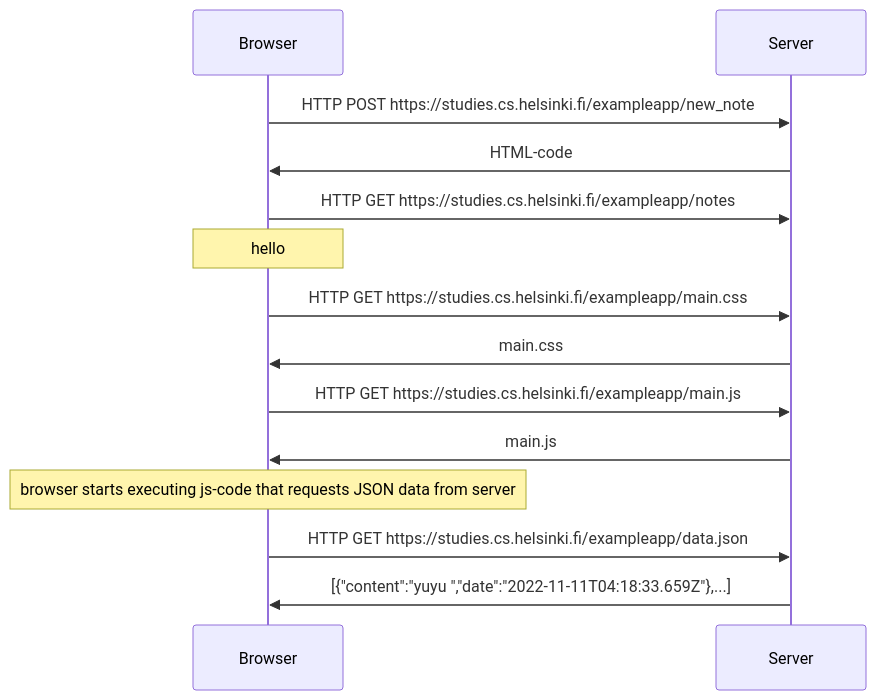
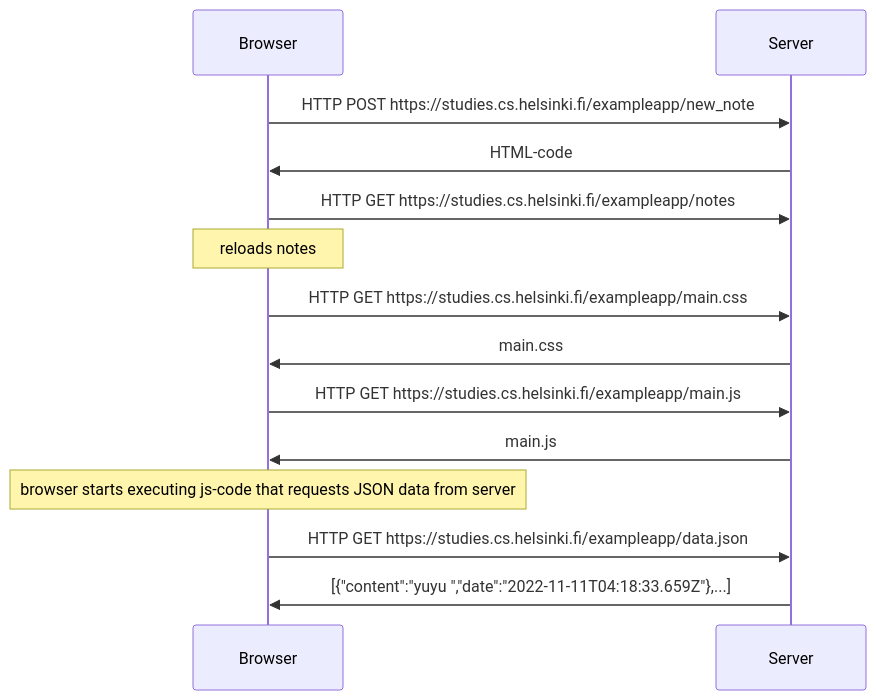
One commit to eevahanka/fsteht changed the diagram in osa0/04.md. Above: the diagram before and after it, drawn with Mermaid.

````diff
--- a/osa0/04.md
+++ b/osa0/04.md
@@ -1,18 +1,18 @@
 ```mermaid
    sequenceDiagram
       participant Browser
       participant Server
       Browser->>Server: HTTP POST https://studies.cs.helsinki.fi/exampleapp/new_note
       Server->>Browser: HTML-code
       Browser->>Server: HTTP GET https://studies.cs.helsinki.fi/exampleapp/notes
-      note over Browser: hello
+      note over Browser: reloads notes
       Browser->>Server: HTTP GET https://studies.cs.helsinki.fi/exampleapp/main.css
       Server->>Browser: main.css
       Browser->>Server: HTTP GET https://studies.cs.helsinki.fi/exampleapp/main.js
       Server->>Browser: main.js
       note over Browser: browser starts executing js-code that requests JSON data from server
       Browser->>Server: HTTP GET https://studies.cs.helsinki.fi/exampleapp/data.json
       Server->>Browser: [{"content":"yuyu ","date":"2022-11-11T04:18:33.659Z"},...]
 
       
 ```
````
